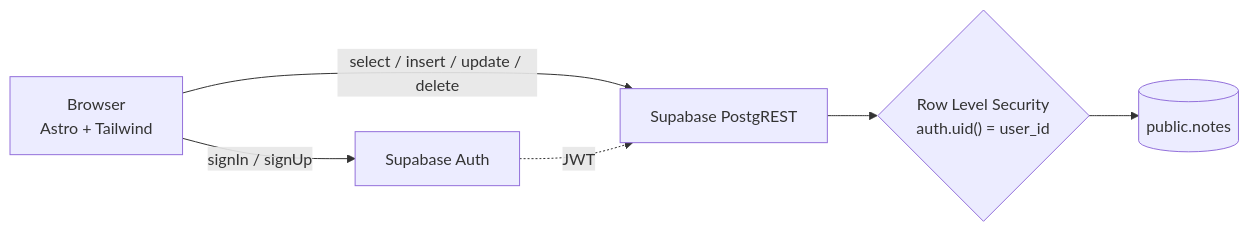
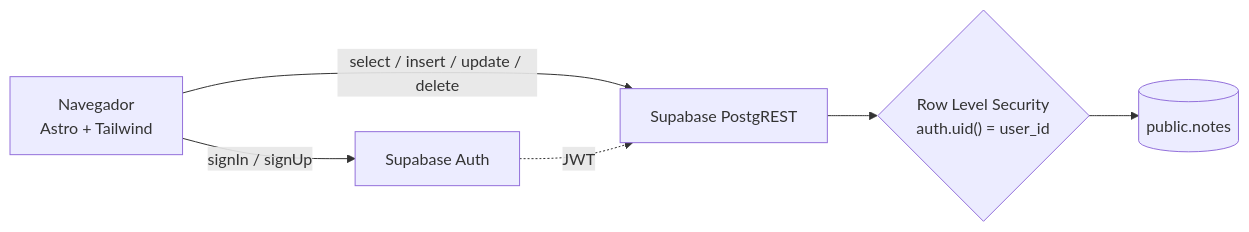
One commit to gonzalochavez0/Astro-notes-app changed the diagram in README.md. Above: the diagram before and after it, drawn with Mermaid. The commit also changed other lines of this file, not shown here.

````diff
--- a/README.md
+++ b/README.md
@@ -42,8 +59,8 @@
 ```mermaid
 flowchart LR
-    U["Browser<br/>Astro + Tailwind"] -->|"signIn / signUp"| A["Supabase Auth"]
+    U["Navegador<br/>Astro + Tailwind"] -->|"signIn / signUp"| A["Supabase Auth"]
     U -->|"select / insert / update / delete"| P["Supabase PostgREST"]
     P --> R{"Row Level Security<br/>auth.uid() = user_id"}
     R --> T[("public.notes")]
     A -.->|"JWT"| P
 ```
````
